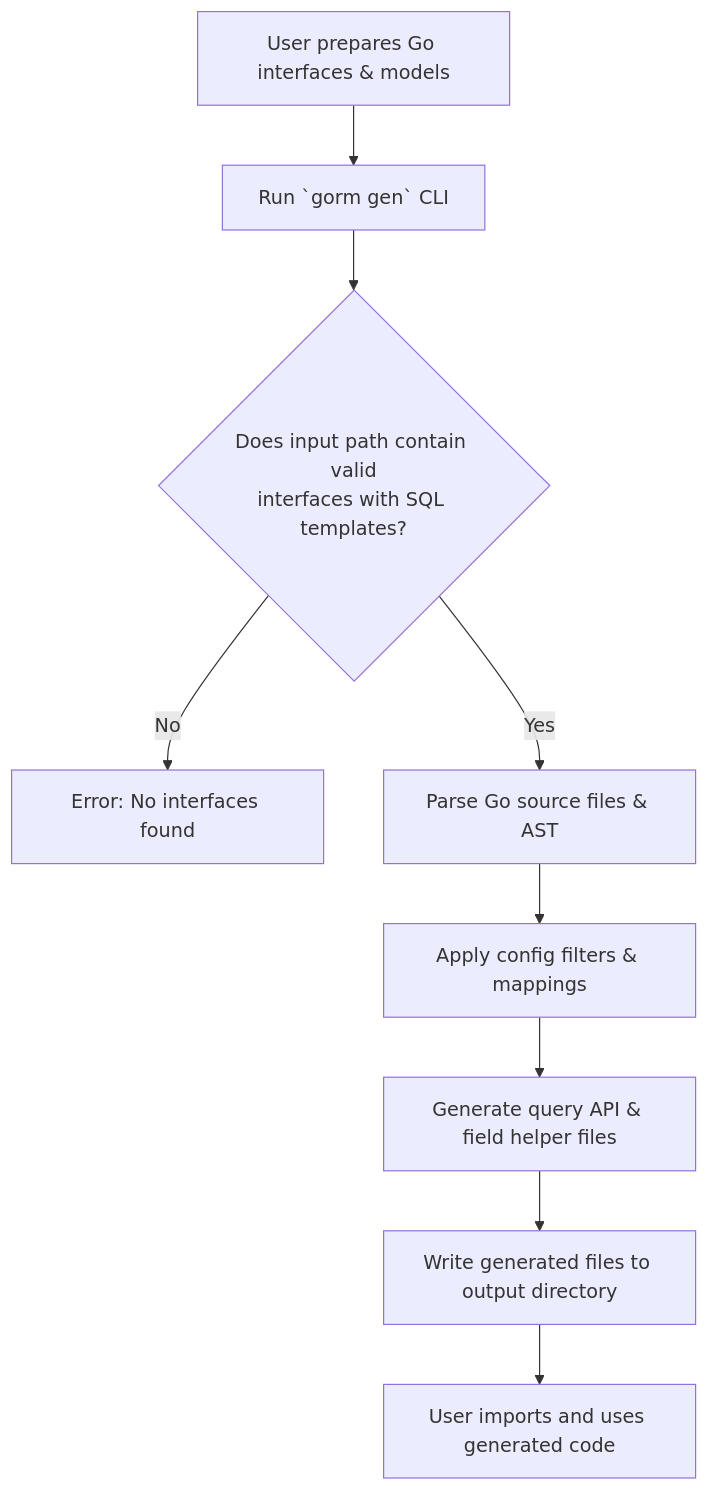
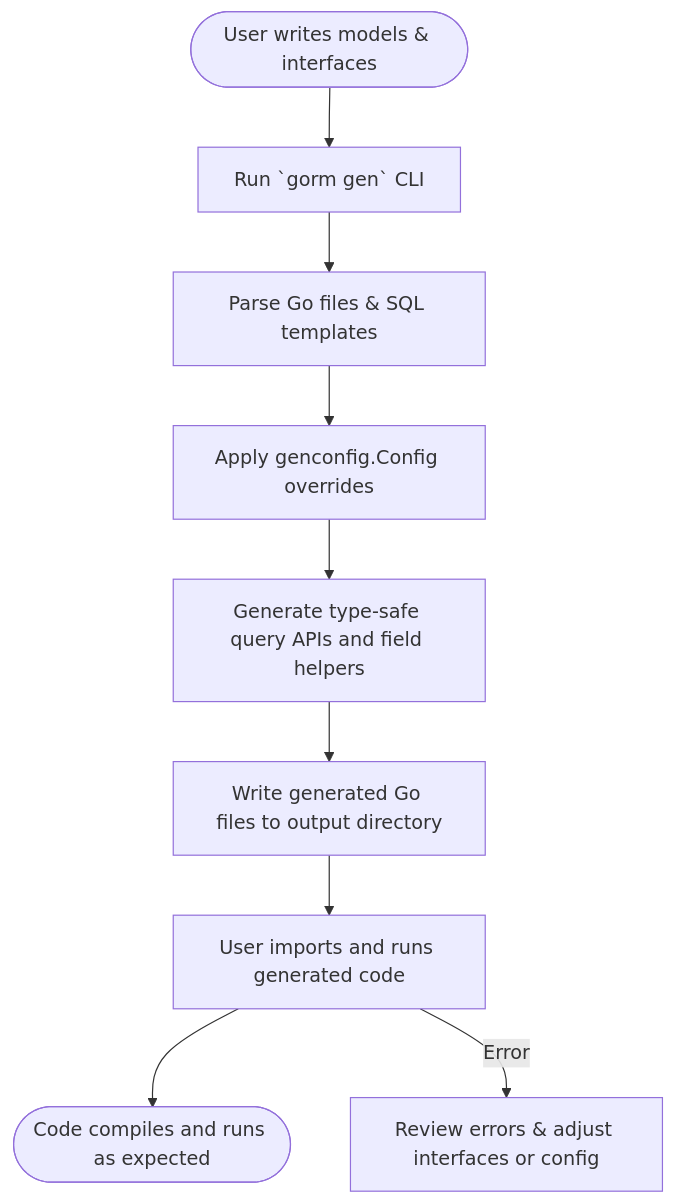
Before and after one commit to clidey/docucod-public-project-3a0e48a9-6b86-4d21-a930-072fe9723c66: the diagram in guides/getting-started/installation-quickstart.mdx, drawn with Mermaid. The commit also changed other lines of this file and 31 other files, not shown here.

````diff
--- a/guides/getting-started/installation-quickstart.mdx
+++ b/guides/getting-started/installation-quickstart.mdx
@@ -246,12 +256,11 @@
 ```mermaid
 flowchart TD
-  A[User prepares Go interfaces & models] --> B[Run `gorm gen` CLI]
-  B --> C{Does input path contain valid
-interfaces with SQL templates?}
-  C -- No --> D[Error: No interfaces found]
-  C -- Yes --> E[Parse Go source files & AST]
-  E --> F[Apply config filters & mappings]
-  F --> G[Generate query API & field helper files]
-  G --> H[Write generated files to output directory]
-  H --> I[User imports and uses generated code]
+  Start([User writes models & interfaces]) --> Gen[Run `gorm gen` CLI]
+  Gen --> Parse[Parse Go files & SQL templates]
+  Parse --> Config[Apply genconfig.Config overrides]
+  Config --> Generate[Generate type-safe query APIs and field helpers]
+  Generate --> Files[Write generated Go files to output directory]
+  Files --> Verify[User imports and runs generated code]
+  Verify --> Success([Code compiles and runs as expected])
+  Verify -->|Error| Troubleshoot[Review errors & adjust interfaces or config]
 ```
````
